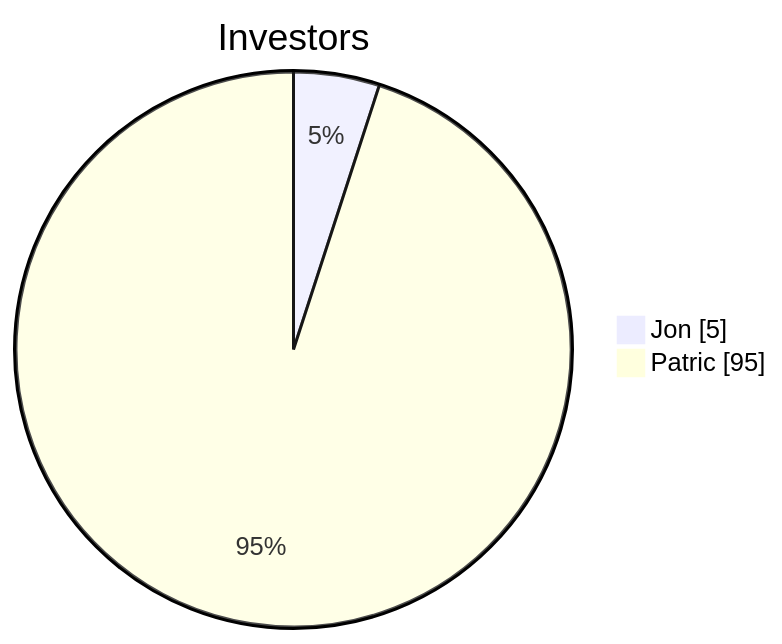
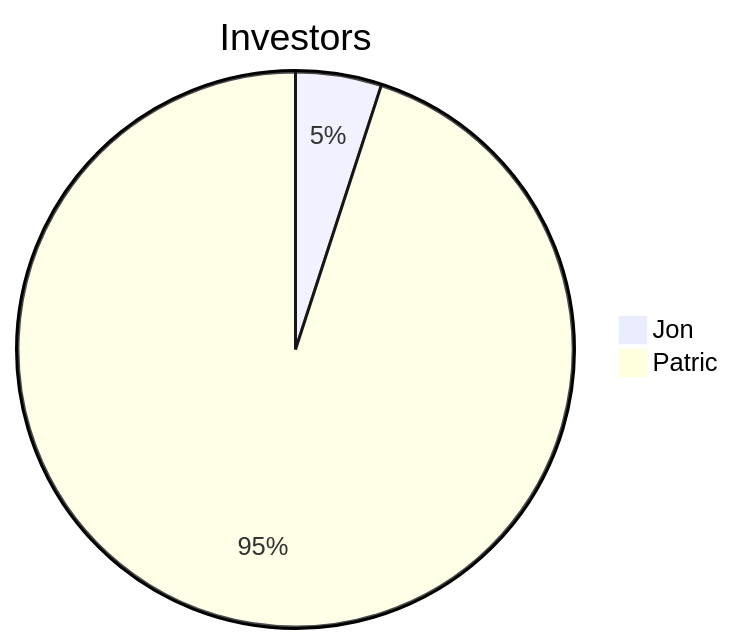
The diagram in README.md (PatricCaviezel/breadSpawner), drawn with Mermaid before and after one commit.

````diff
--- a/README.md
+++ b/README.md
@@ -4,6 +4,6 @@
 ```mermaid
-pie showData
+pie
   title Investors
   "Jon" : 5
   "Patric" : 95
 ```
````
